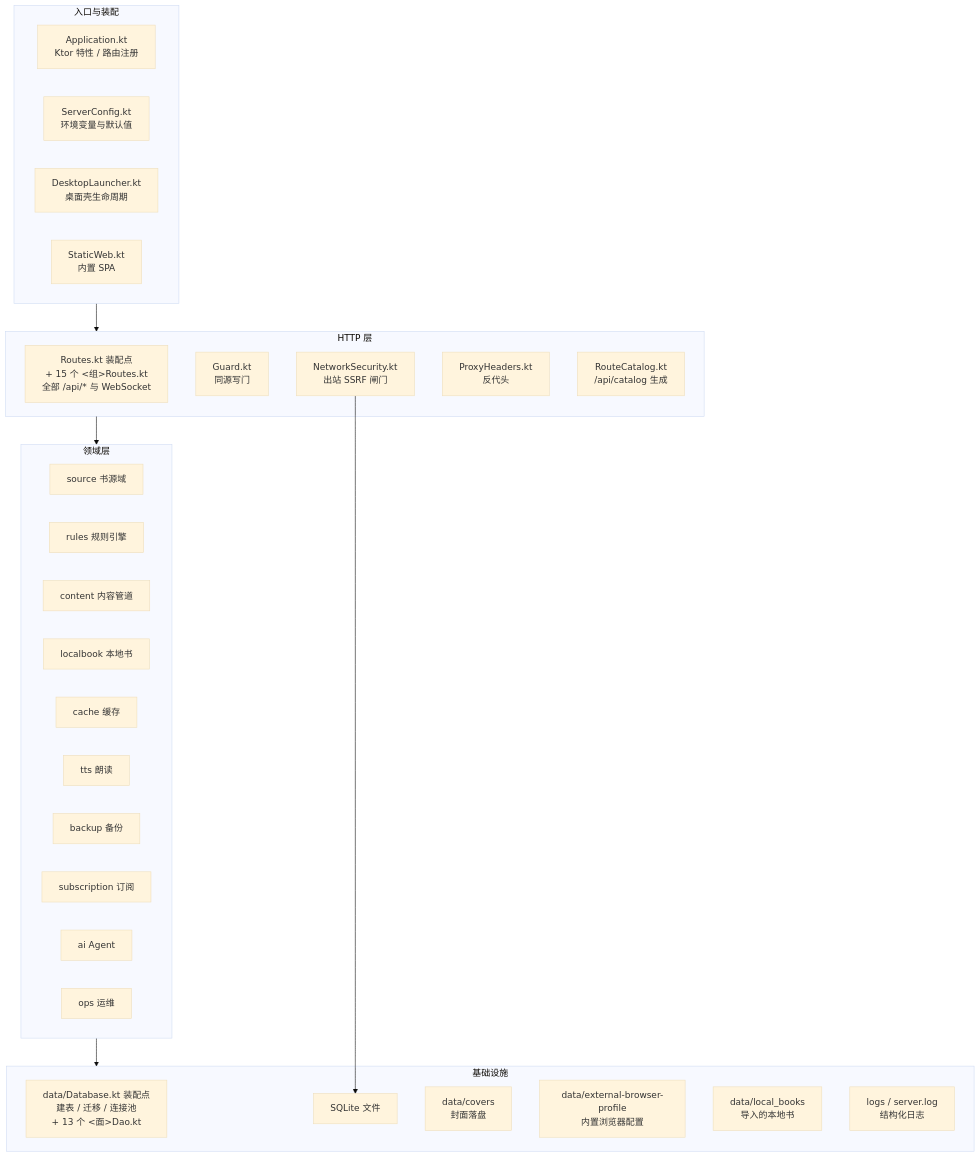
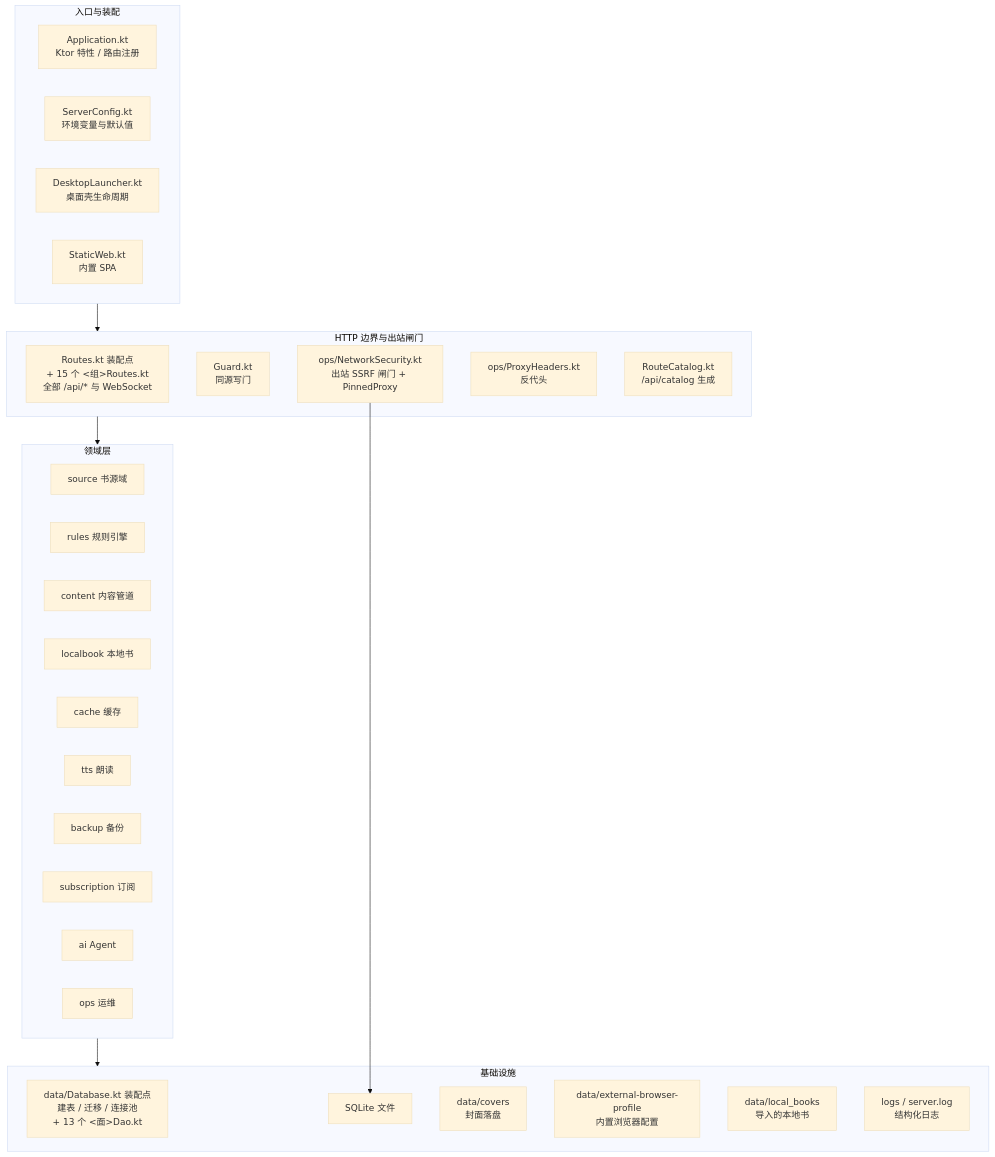
One commit to linqinqiu/legadoQ changed the second of 6 diagrams in docs/ARCHITECTURE.md. Above: the diagram before and after it, drawn with Mermaid (base theme). The commit also changed other lines of this file and 14 other files, not shown here.

````diff
--- a/docs/ARCHITECTURE.md
+++ b/docs/ARCHITECTURE.md
@@ -81,44 +81,44 @@
 ```mermaid
 flowchart TB
     subgraph L1["入口与装配"]
         A1["Application.kt<br/>Ktor 特性 / 路由注册"]
         A2["ServerConfig.kt<br/>环境变量与默认值"]
         A3["DesktopLauncher.kt<br/>桌面壳生命周期"]
         A4["StaticWeb.kt<br/>内置 SPA"]
     end
 
-    subgraph L2["HTTP 层"]
+    subgraph L2["HTTP 边界与出站闸门"]
         B1["Routes.kt 装配点<br/>+ 15 个 <组>Routes.kt<br/>全部 /api/* 与 WebSocket"]
         B2["Guard.kt<br/>同源写门"]
-        B3["NetworkSecurity.kt<br/>出站 SSRF 闸门"]
-        B4["ProxyHeaders.kt<br/>反代头"]
+        B3["ops/NetworkSecurity.kt<br/>出站 SSRF 闸门 + PinnedProxy"]
+        B4["ops/ProxyHeaders.kt<br/>反代头"]
         B5["RouteCatalog.kt<br/>/api/catalog 生成"]
     end
 
     subgraph L3["领域层"]
         C1["source 书源域"]
         C2["rules 规则引擎"]
         C3["content 内容管道"]
         C4["localbook 本地书"]
         C5["cache 缓存"]
         C6["tts 朗读"]
         C7["backup 备份"]
         C8["subscription 订阅"]
         C9["ai Agent"]
         C10["ops 运维"]
     end
 
     subgraph L4["基础设施"]
         D1["data/Database.kt 装配点<br/>建表 / 迁移 / 连接池<br/>+ 13 个 <面>Dao.kt"]
         D2["SQLite 文件"]
         D3["data/covers<br/>封面落盘"]
         D4["data/external-browser-profile<br/>内置浏览器配置"]
         D5["data/local_books<br/>导入的本地书"]
         D6["logs / server.log<br/>结构化日志"]
     end
 
     L1 --> L2
     L2 --> L3
     L3 --> L4
     B3 --> D2
 ```
````
